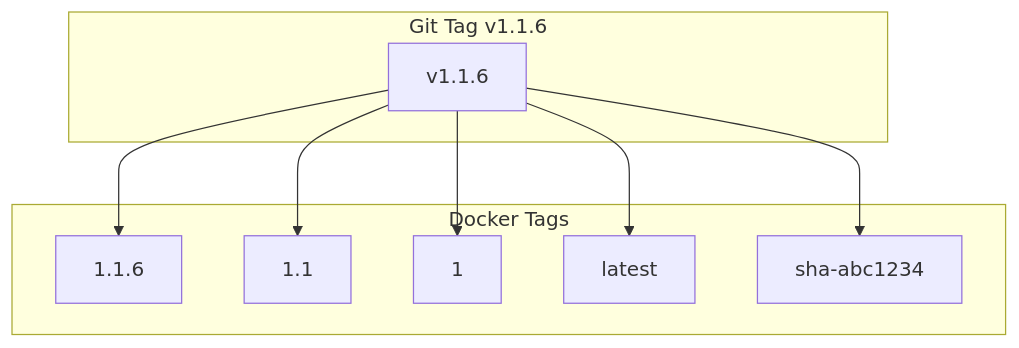
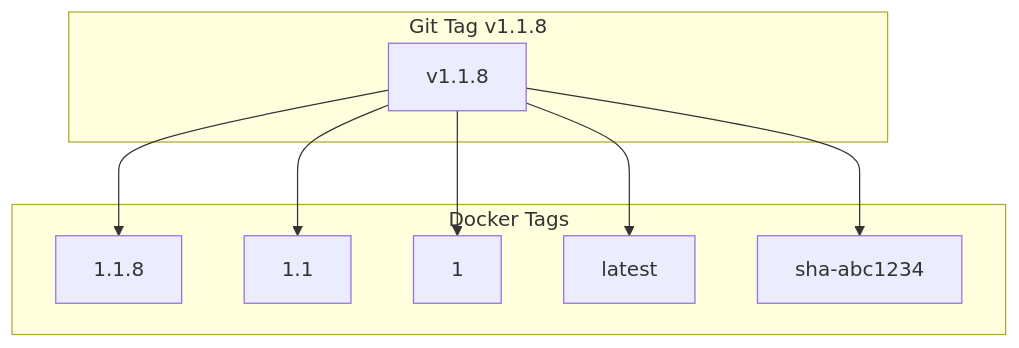
Before and after one commit to telemetryflow/telemetryflow-collector: the seventh of 13 diagrams in docs/GITHUB-WORKFLOWS.md, drawn with Mermaid. The commit also changed other lines of this file and 69 other files, not shown here.

Commit message:
feat: Update helm chart deployment & License Headers Standardized

````diff
--- a/docs/GITHUB-WORKFLOWS.md
+++ b/docs/GITHUB-WORKFLOWS.md
@@ -260,20 +260,20 @@
 ```mermaid
 flowchart TD
-    subgraph "Git Tag v1.1.6"
-        GT[v1.1.6]
+    subgraph "Git Tag v1.1.8"
+        GT[v1.1.8]
     end
 
     subgraph "Docker Tags"
-        T1[1.1.6]
+        T1[1.1.8]
         T2[1.1]
         T3[1]
         T4[latest]
         T5[sha-abc1234]
     end
 
     GT --> T1
     GT --> T2
     GT --> T3
     GT --> T4
     GT --> T5
 ```
````
